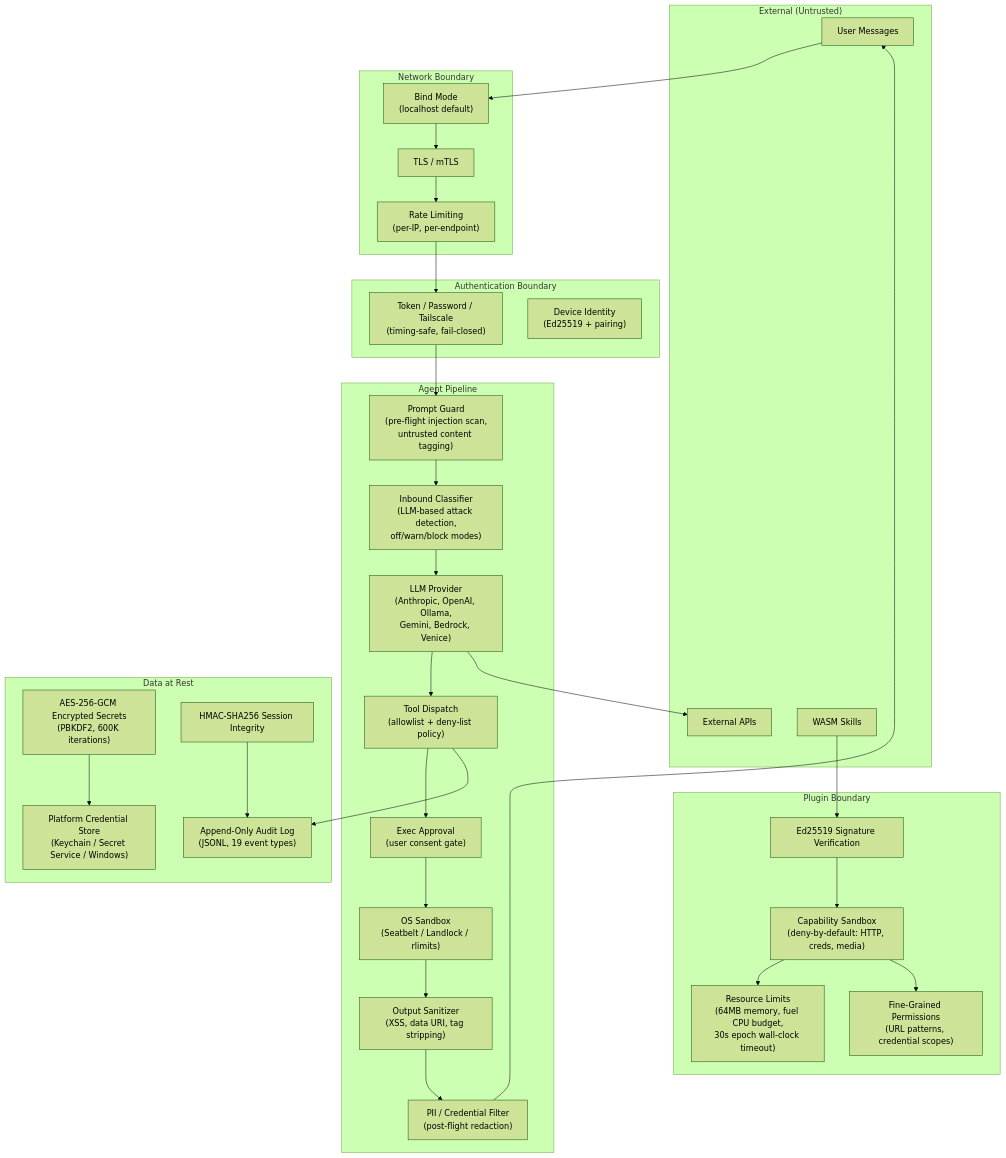
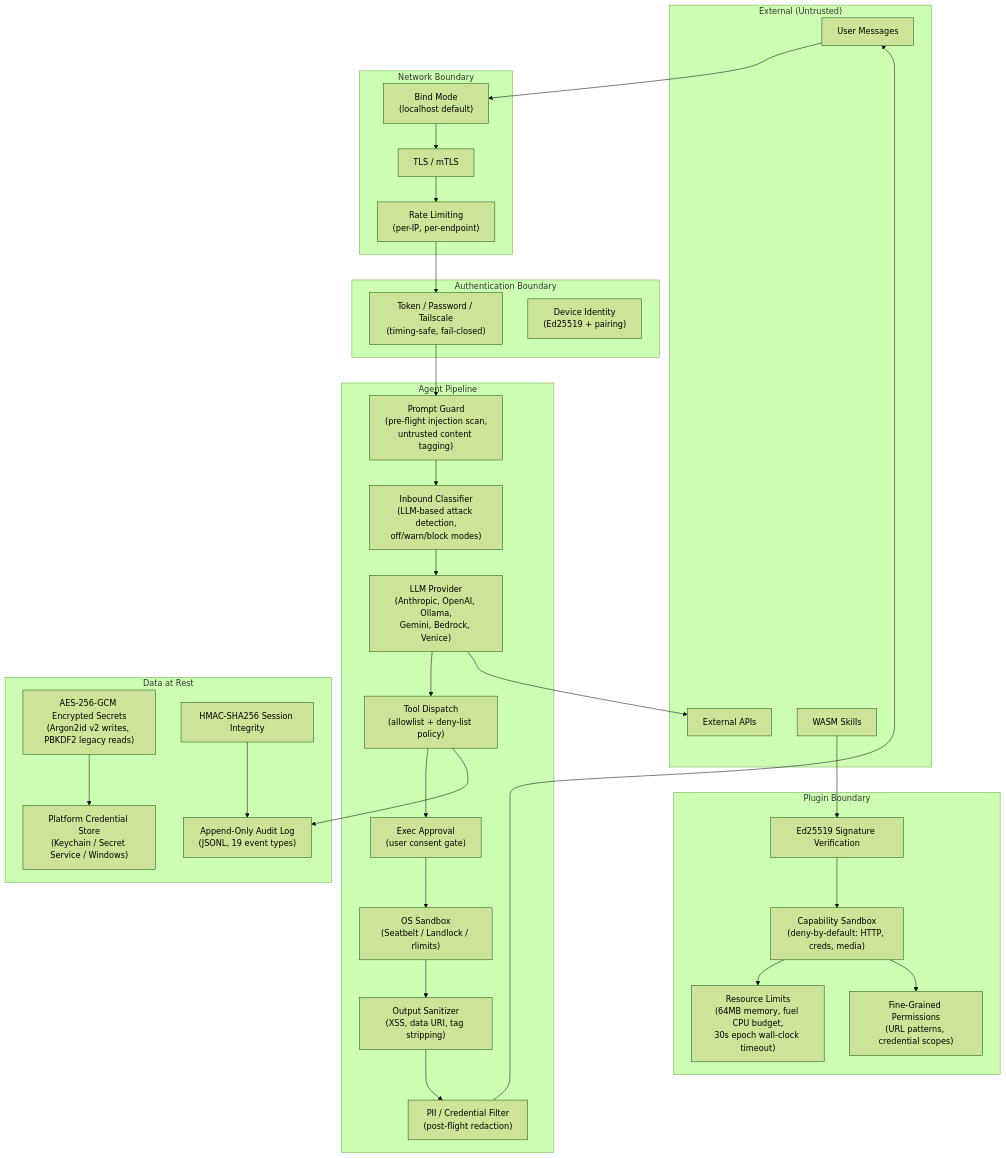
Before and after one commit to j-cray/carapace: the diagram in docs/security.md, drawn with Mermaid (forest theme). The commit also changed 9 other files, not shown here.

````diff
--- a/docs/security.md
+++ b/docs/security.md
@@ -40,59 +40,59 @@
 ```mermaid
 graph TB
     subgraph "External (Untrusted)"
         User[User Messages]
         ExtAPI[External APIs]
         Skills[WASM Skills]
     end
 
     subgraph "Network Boundary"
         Bind["Bind Mode<br/>(localhost default)"]
         TLS["TLS / mTLS"]
         RateLimit["Rate Limiting<br/>(per-IP, per-endpoint)"]
     end
 
     subgraph "Authentication Boundary"
         Auth["Token / Password / Tailscale<br/>(timing-safe, fail-closed)"]
         DeviceAuth["Device Identity<br/>(Ed25519 + pairing)"]
     end
 
     subgraph "Agent Pipeline"
         PromptGuard["Prompt Guard<br/>(pre-flight injection scan,<br/>untrusted content tagging)"]
         Classifier["Inbound Classifier<br/>(LLM-based attack detection,<br/>off/warn/block modes)"]
         LLM["LLM Provider<br/>(Anthropic, OpenAI, Ollama,<br/>Gemini, Bedrock, Venice)"]
         ToolDispatch["Tool Dispatch<br/>(allowlist + deny-list policy)"]
         ExecApproval["Exec Approval<br/>(user consent gate)"]
         Sandbox["OS Sandbox<br/>(Seatbelt / Landlock / rlimits)"]
         OutputCSP["Output Sanitizer<br/>(XSS, data URI, tag stripping)"]
         PIIFilter["PII / Credential Filter<br/>(post-flight redaction)"]
     end
 
     subgraph "Data at Rest"
-        Secrets["AES-256-GCM Encrypted Secrets<br/>(PBKDF2, 600K iterations)"]
+        Secrets["AES-256-GCM Encrypted Secrets<br/>(Argon2id v2 writes, PBKDF2 legacy reads)"]
         Sessions["HMAC-SHA256 Session Integrity"]
         Audit["Append-Only Audit Log<br/>(JSONL, 19 event types)"]
         Keychain["Platform Credential Store<br/>(Keychain / Secret Service / Windows)"]
     end
 
     subgraph "Plugin Boundary"
         PluginSig["Ed25519 Signature Verification"]
         PluginCaps["Capability Sandbox<br/>(deny-by-default: HTTP, creds, media)"]
         PluginRes["Resource Limits<br/>(64MB memory, fuel CPU budget,<br/>30s epoch wall-clock timeout)"]
         PluginPerms["Fine-Grained Permissions<br/>(URL patterns, credential scopes)"]
     end
 
     User --> Bind --> TLS --> RateLimit --> Auth
     Auth --> PromptGuard --> Classifier --> LLM
     LLM --> ToolDispatch --> ExecApproval --> Sandbox
     Sandbox --> OutputCSP --> PIIFilter
     PIIFilter --> User
 
     LLM --> ExtAPI
     ToolDispatch --> Audit
 
     Skills --> PluginSig --> PluginCaps --> PluginRes
     PluginCaps --> PluginPerms
 
     Secrets --> Keychain
     Sessions --> Audit
 ```
````
